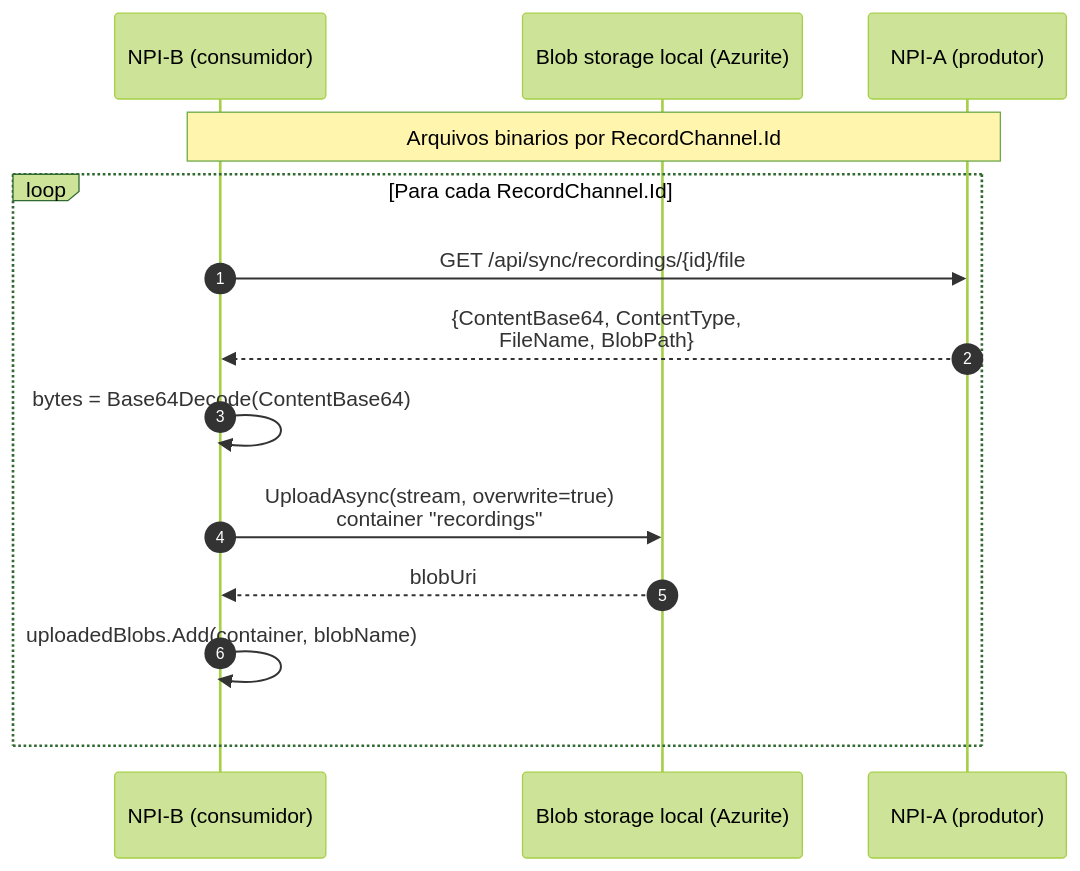
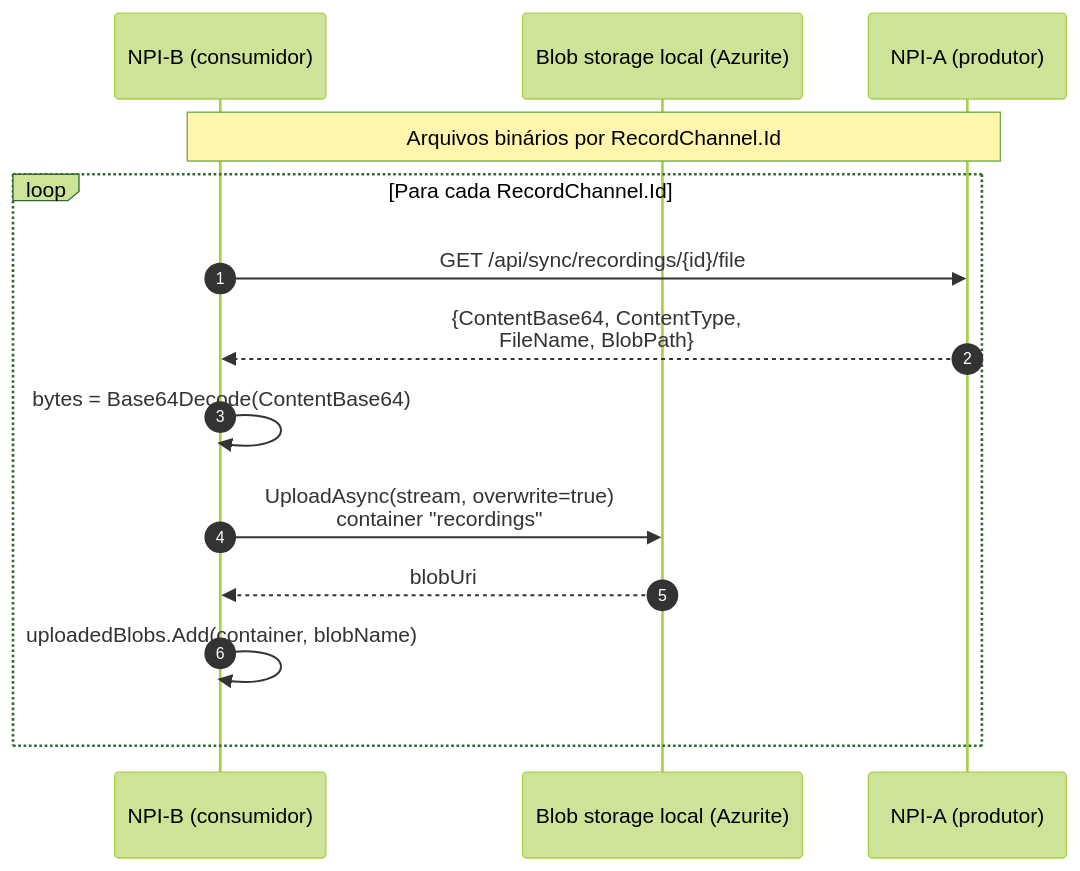
The diagram in figuras/Desenvolvimento/NPI/sync-biossinais-2-binarios.mmd (VitorAndTxr/TCC-Vitor), drawn with Mermaid (forest theme) before and after one commit. The commit also changed 15 other files, not shown here.

```diff
--- a/figuras/Desenvolvimento/NPI/sync-biossinais-2-binarios.mmd
+++ b/figuras/Desenvolvimento/NPI/sync-biossinais-2-binarios.mmd
@@ -1,20 +1,20 @@
 %% ============================================================
 %% Sync biossinais - Parte 2/3: arquivos binarios por canal
 %% Referenciado em: cap-experimentos-resultados.tex (4.2.5.3)
 %% Label: fig:NPISyncBiossinaisBinarios
 %% ============================================================
 sequenceDiagram
     autonumber
     participant B as NPI-B (consumidor)
     participant Blob as Blob storage local (Azurite)
     participant A as NPI-A (produtor)
 
-    Note over B,A: Arquivos binarios por RecordChannel.Id
+    Note over B,A: Arquivos binários por RecordChannel.Id
     loop Para cada RecordChannel.Id
         B->>A: GET /api/sync/recordings/{id}/file
         A-->>B: {ContentBase64, ContentType,<br/>FileName, BlobPath}
         B->>B: bytes = Base64Decode(ContentBase64)
         B->>Blob: UploadAsync(stream, overwrite=true)<br/>container "recordings"
         Blob-->>B: blobUri
         B->>B: uploadedBlobs.Add(container, blobName)
     end
```
